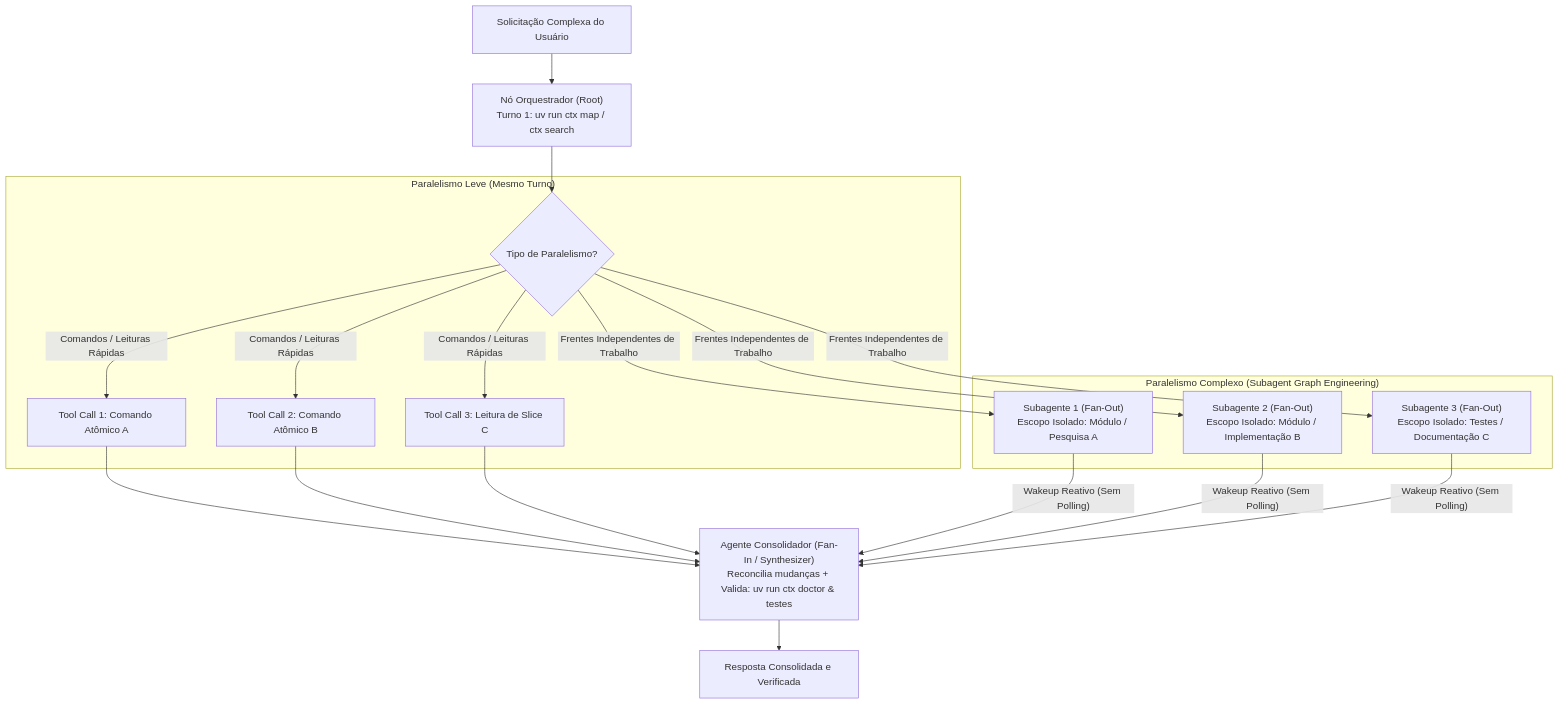
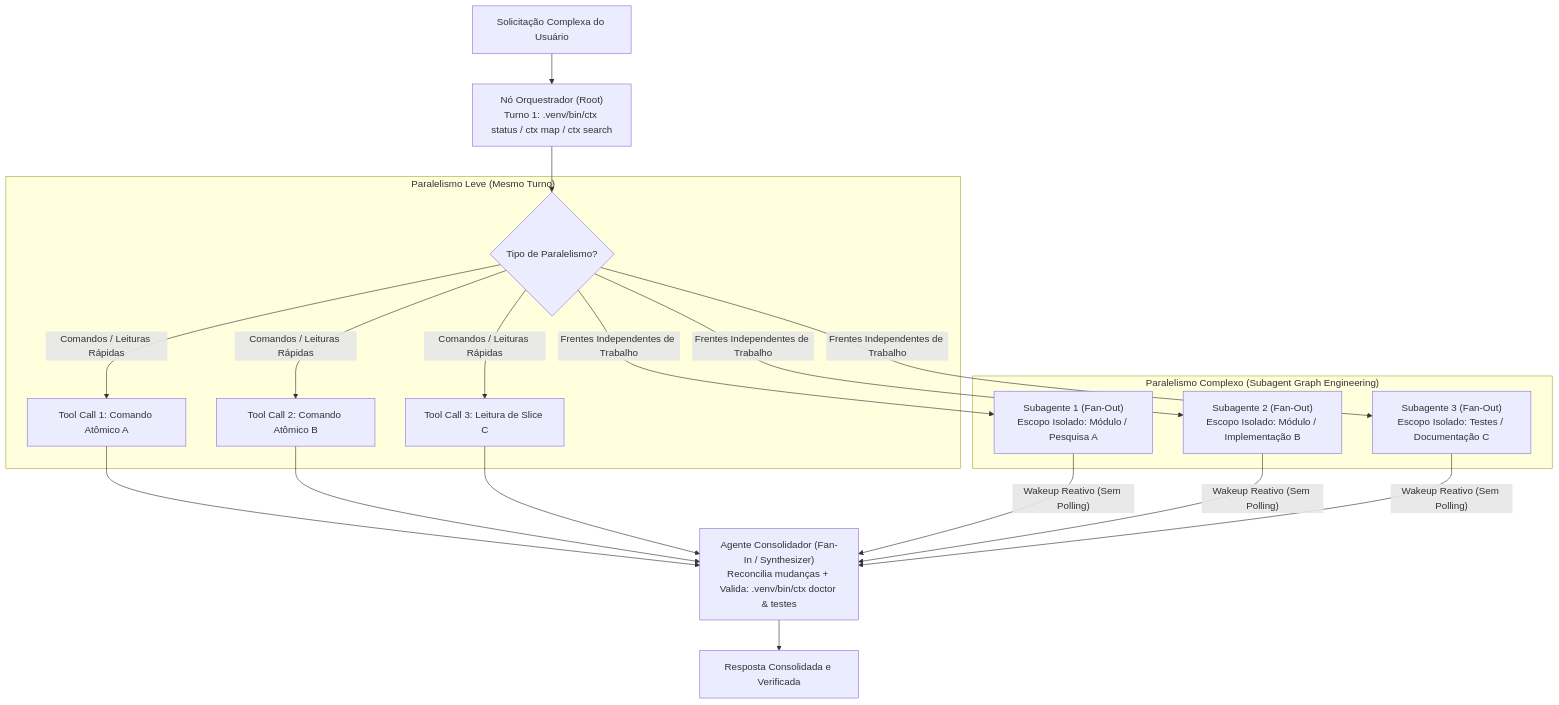
One commit to douglaspands/agent-harness-hub changed the third of 4 diagrams in guides/guia-replicacao-rag-e-seguranca.md. Above: the diagram before and after it, drawn with Mermaid. The commit also changed other lines of this file and 46 other files, not shown here.

````diff
--- a/guides/guia-replicacao-rag-e-seguranca.md
+++ b/guides/guia-replicacao-rag-e-seguranca.md
@@ -136,26 +162,26 @@
 ```mermaid
 flowchart TD
-    UserReq["Solicitação Complexa do Usuário"] --> Orchestrator["Nó Orquestrador (Root)\nTurno 1: uv run ctx map / ctx search"]
+    UserReq["Solicitação Complexa do Usuário"] --> Orchestrator["Nó Orquestrador (Root)\nTurno 1: .venv/bin/ctx status / ctx map / ctx search"]
     Orchestrator --> Partition{"Tipo de Paralelismo?"}
 
     subgraph LightDAG["Paralelismo Leve (Mesmo Turno)"]
         Partition -->|"Comandos / Leituras Rápidas"| ToolA["Tool Call 1: Comando Atômico A"]
         Partition -->|"Comandos / Leituras Rápidas"| ToolB["Tool Call 2: Comando Atômico B"]
         Partition -->|"Comandos / Leituras Rápidas"| ToolC["Tool Call 3: Leitura de Slice C"]
     end
 
     subgraph SubagentDAG["Paralelismo Complexo (Subagent Graph Engineering)"]
         Partition -->|"Frentes Independentes de Trabalho"| Worker1["Subagente 1 (Fan-Out)\nEscopo Isolado: Módulo / Pesquisa A"]
         Partition -->|"Frentes Independentes de Trabalho"| Worker2["Subagente 2 (Fan-Out)\nEscopo Isolado: Módulo / Implementação B"]
         Partition -->|"Frentes Independentes de Trabalho"| Worker3["Subagente 3 (Fan-Out)\nEscopo Isolado: Testes / Documentação C"]
     end
 
     ToolA --> Consolidator
     ToolB --> Consolidator
     ToolC --> Consolidator
     Worker1 -->|"Wakeup Reativo (Sem Polling)"| Consolidator
     Worker2 -->|"Wakeup Reativo (Sem Polling)"| Consolidator
     Worker3 -->|"Wakeup Reativo (Sem Polling)"| Consolidator
 
-    Consolidator["Agente Consolidador (Fan-In / Synthesizer)\nReconcilia mudanças + Valida: uv run ctx doctor & testes"] --> FinalOut["Resposta Consolidada e Verificada"]
+    Consolidator["Agente Consolidador (Fan-In / Synthesizer)\nReconcilia mudanças + Valida: .venv/bin/ctx doctor & testes"] --> FinalOut["Resposta Consolidada e Verificada"]
 ```
````
